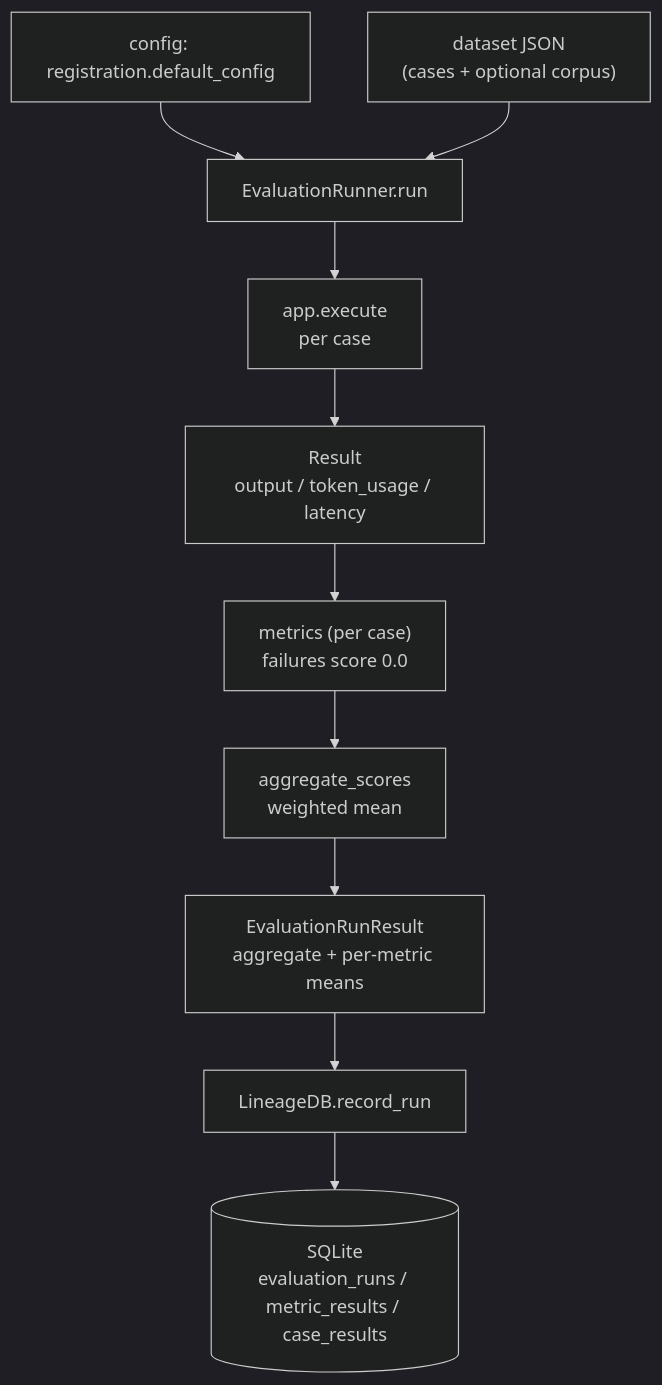
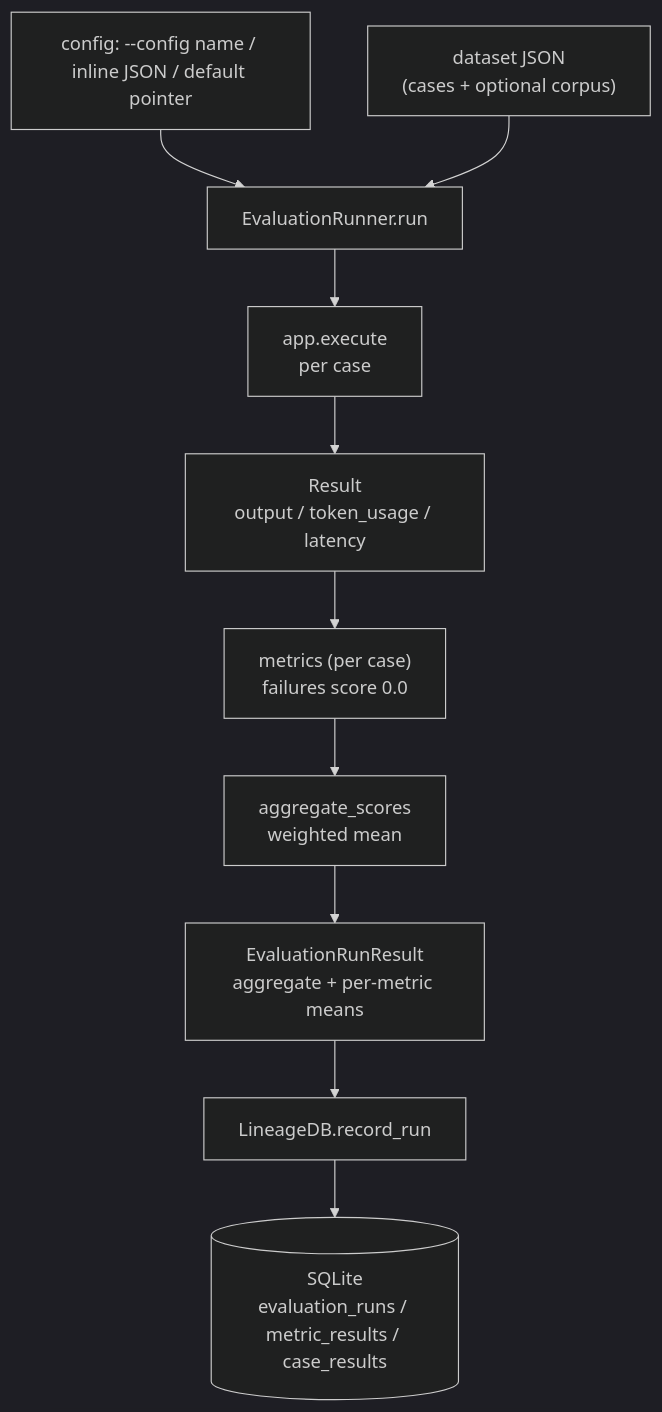
One commit to gamberooni/refinely changed the second of 7 diagrams in docs/architecture.md. Above: the diagram before and after it, drawn with Mermaid (dark theme). The commit also changed other lines of this file and 80 other files, not shown here.

````diff
--- a/docs/architecture.md
+++ b/docs/architecture.md
@@ -106,12 +110,12 @@
 ```mermaid
 flowchart TD
-    A["config: registration.default_config"] --> RUN["EvaluationRunner.run"]
+    A["config: --config name / inline JSON / default pointer"] --> RUN["EvaluationRunner.run"]
     DS["dataset JSON<br/>(cases + optional corpus)"] --> RUN
     RUN --> AD["app.execute<br/>per case"]
     AD --> R["Result<br/>output / token_usage / latency"]
     R --> M["metrics (per case)<br/>failures score 0.0"]
     M --> AGG["aggregate_scores<br/>weighted mean"]
     AGG --> OUT["EvaluationRunResult<br/>aggregate + per-metric means"]
     OUT --> DB["LineageDB.record_run"]
     DB --> SQL[("SQLite<br/>evaluation_runs / metric_results / case_results")]
 ```
````
